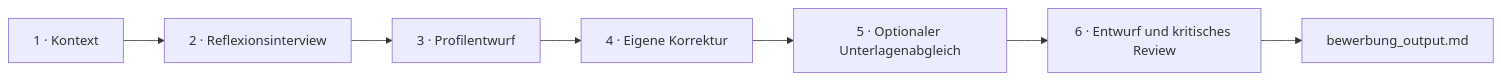
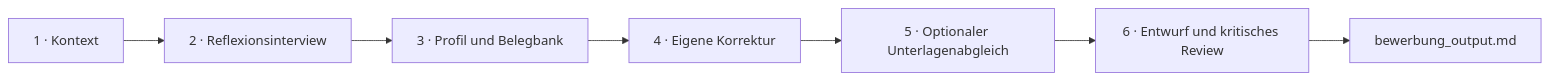
Before and after one commit to joophe/ki_bewerbungs_coach: the diagram in README.md, drawn with Mermaid. The commit also changed other lines of this file and 6 other files, not shown here.

````diff
--- a/README.md
+++ b/README.md
@@ -25,9 +35,9 @@
 ```mermaid
 flowchart LR
     A[1 · Kontext] --> B[2 · Reflexionsinterview]
-    B --> C[3 · Profilentwurf]
+    B --> C[3 · Profil und Belegbank]
     C --> D[4 · Eigene Korrektur]
     D --> E[5 · Optionaler Unterlagenabgleich]
     E --> F[6 · Entwurf und kritisches Review]
     F --> G[bewerbung_output.md]
 ```
````
